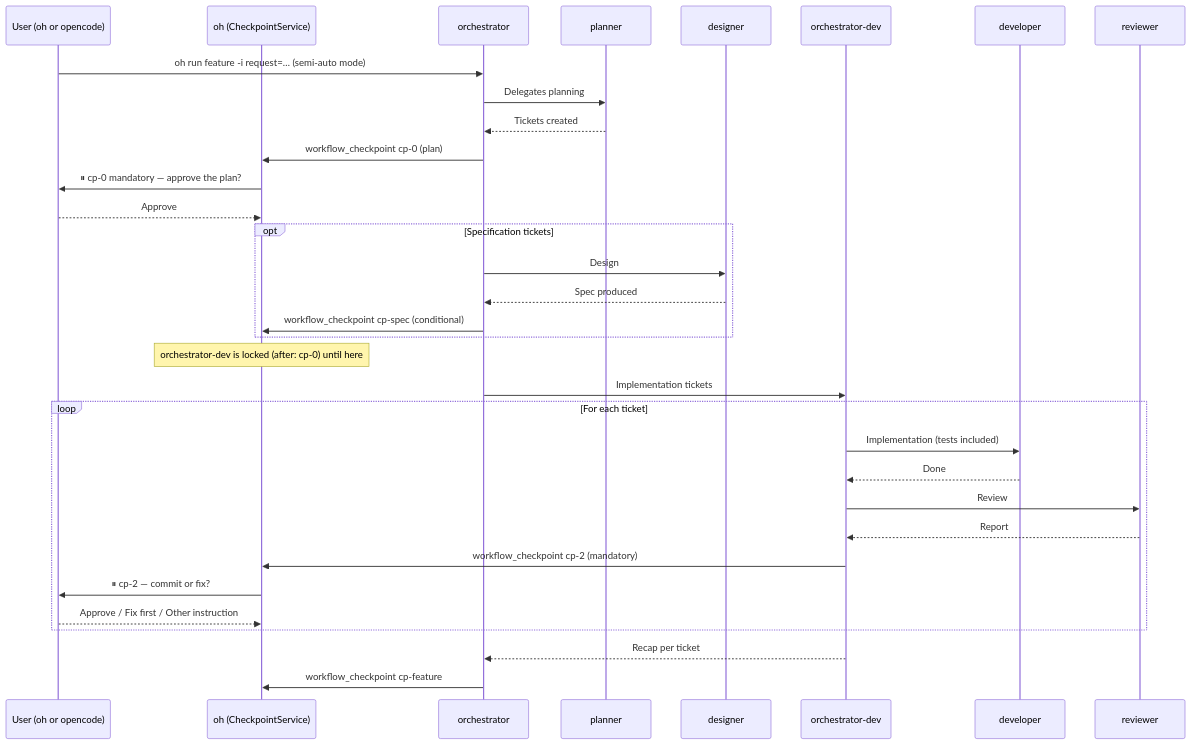
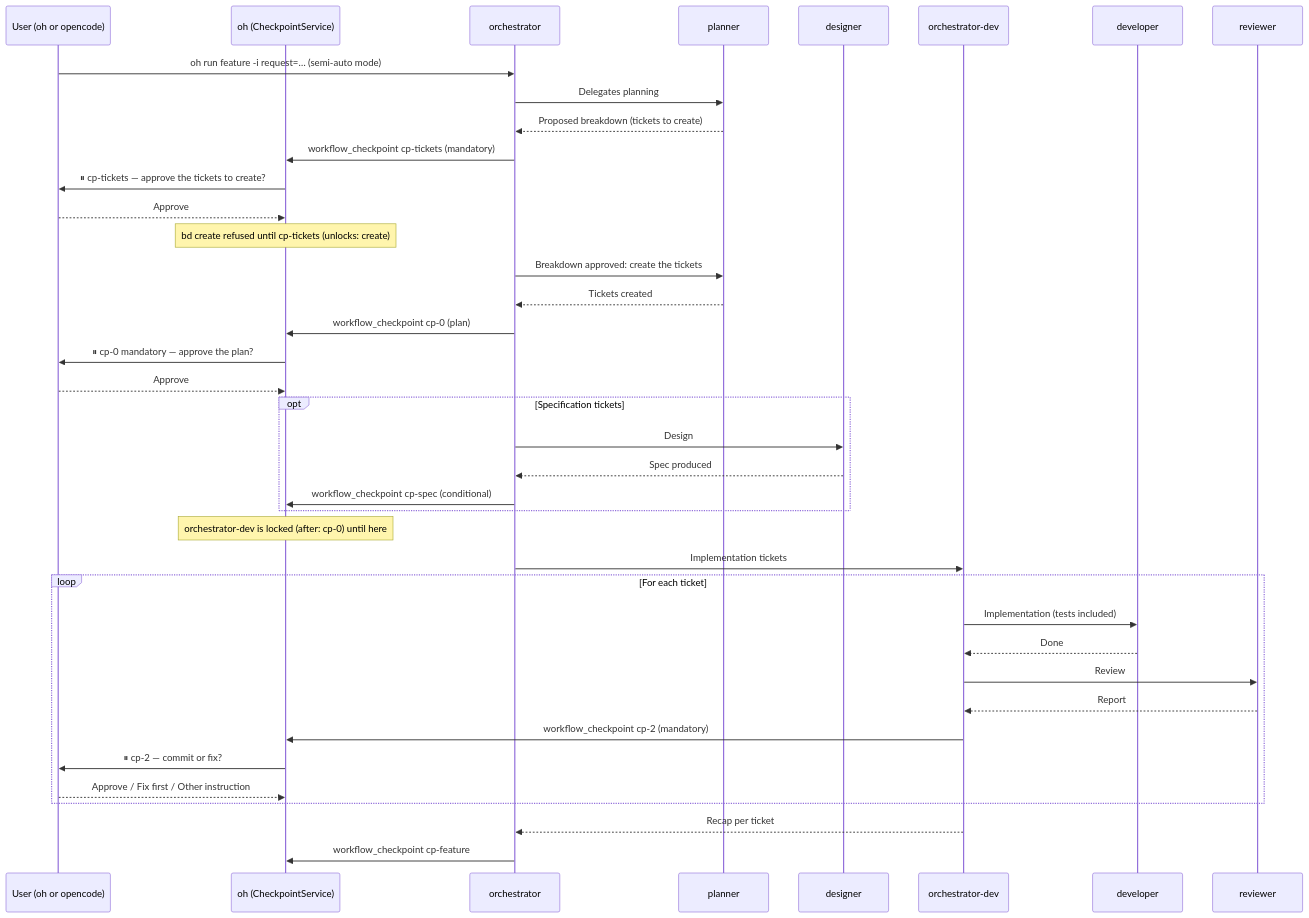
The diagram in docs/architecture/overview.en.md (datichb/openhub), drawn with Mermaid before and after one commit. The commit also changed other lines of this file and 28 other files, not shown here.

````diff
--- a/docs/architecture/overview.en.md
+++ b/docs/architecture/overview.en.md
@@ -129,36 +129,42 @@
 ```mermaid
 sequenceDiagram
     participant U as User (oh or opencode)
     participant OH as oh (CheckpointService)
     participant O as orchestrator
     participant PL as planner
     participant DS as designer
     participant OD as orchestrator-dev
     participant DEV as developer
     participant R as reviewer
 
     U->>O: oh run feature -i request=… (semi-auto mode)
     O->>PL: Delegates planning
+    PL-->>O: Proposed breakdown (tickets to create)
+    O->>OH: workflow_checkpoint cp-tickets (mandatory)
+    OH->>U: ⏸ cp-tickets — approve the tickets to create?
+    U-->>OH: Approve
+    Note over OH: bd create refused until cp-tickets (unlocks: create)
+    O->>PL: Breakdown approved: create the tickets
     PL-->>O: Tickets created
     O->>OH: workflow_checkpoint cp-0 (plan)
     OH->>U: ⏸ cp-0 mandatory — approve the plan?
     U-->>OH: Approve
     opt Specification tickets
         O->>DS: Design
         DS-->>O: Spec produced
         O->>OH: workflow_checkpoint cp-spec (conditional)
     end
     Note over OH: orchestrator-dev is locked (after: cp-0) until here
     O->>OD: Implementation tickets
     loop For each ticket
         OD->>DEV: Implementation (tests included)
         DEV-->>OD: Done
         OD->>R: Review
         R-->>OD: Report
         OD->>OH: workflow_checkpoint cp-2 (mandatory)
         OH->>U: ⏸ cp-2 — commit or fix?
         U-->>OH: Approve / Fix first / Other instruction
     end
     OD-->>O: Recap per ticket
     O->>OH: workflow_checkpoint cp-feature
 ```
````
